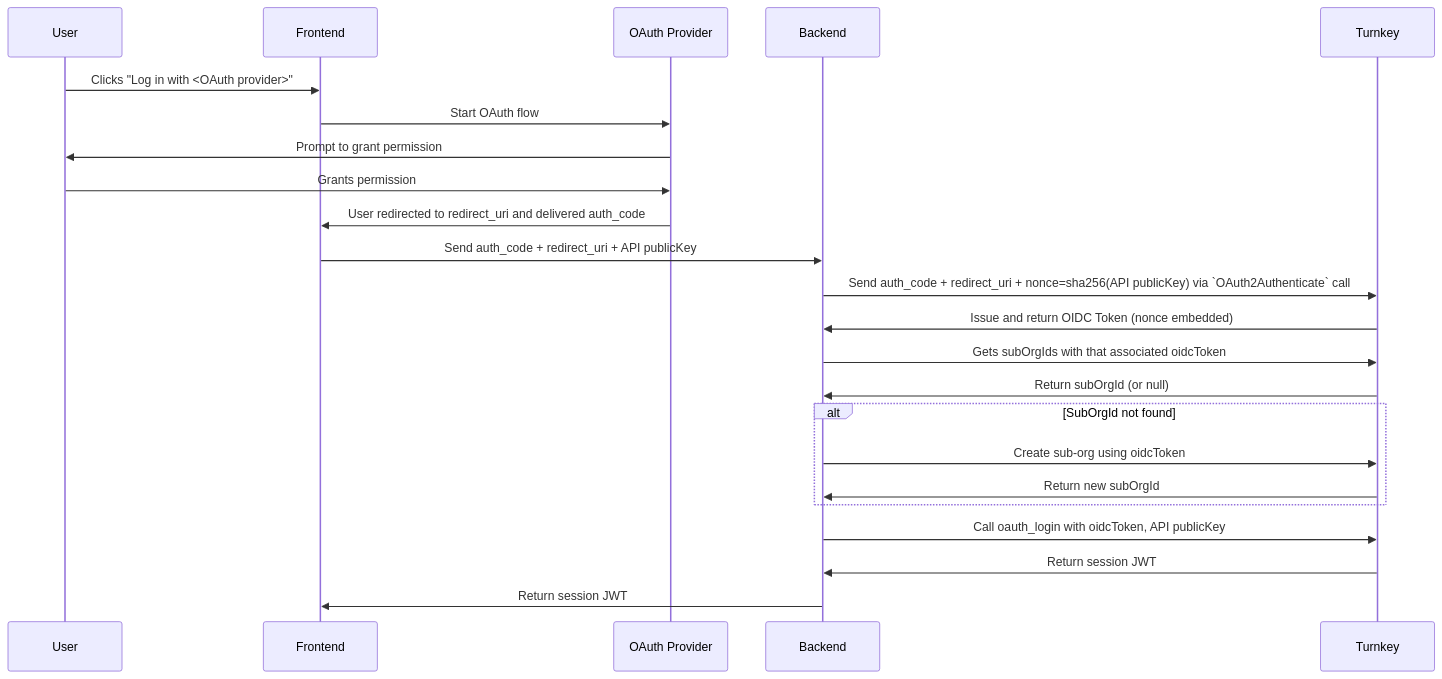
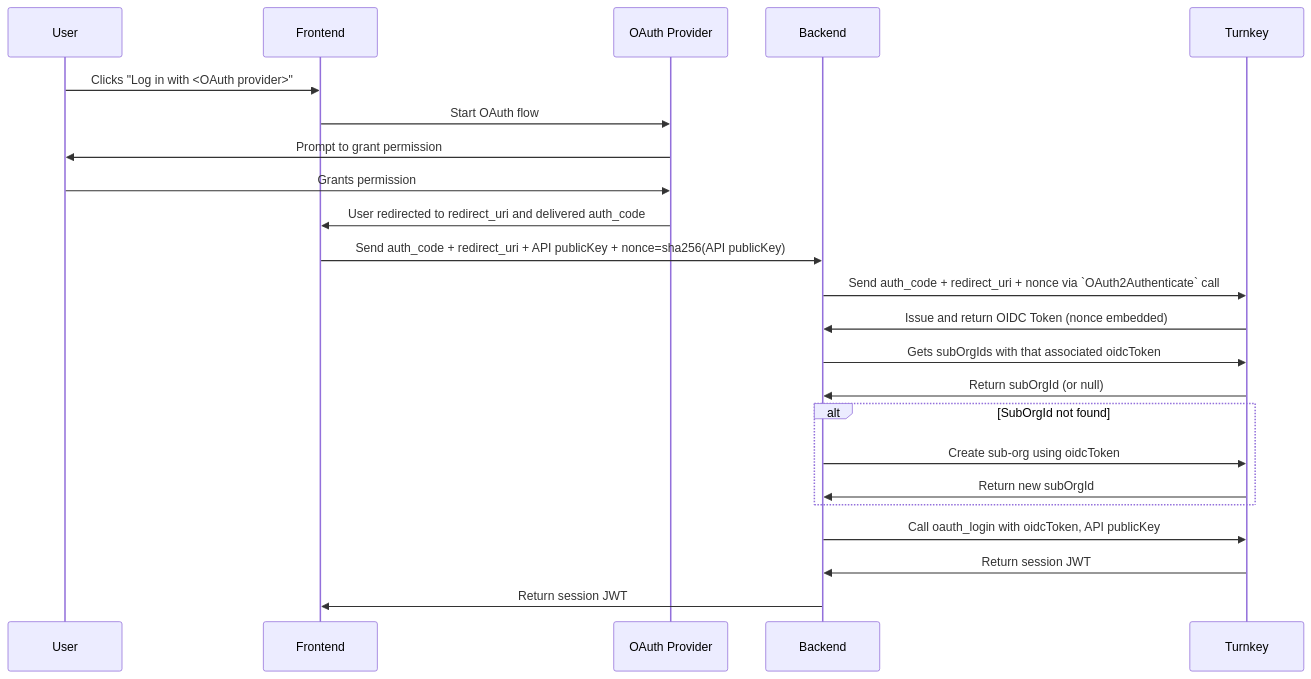
One commit to tkhq/docs changed the second of 2 diagrams in features/authentication/social-logins.mdx. Above: the diagram before and after it, drawn with Mermaid. The commit also changed other lines of this file, not shown here.

Commit message:
comments

````diff
--- a/features/authentication/social-logins.mdx
+++ b/features/authentication/social-logins.mdx
@@ -103,26 +103,26 @@
 ```mermaid
 sequenceDiagram
     participant User
     participant Frontend
     participant OAuth Provider
     participant Backend
     participant Turnkey
 
     User->>Frontend: Clicks "Log in with <OAuth provider>"
     Frontend->>OAuth Provider: Start OAuth flow
     OAuth Provider->>User: Prompt to grant permission
     User->>OAuth Provider: Grants permission
     OAuth Provider->>Frontend: User redirected to redirect_uri and delivered auth_code
-    Frontend->>Backend: Send auth_code + redirect_uri + API publicKey
-    Backend->>Turnkey: Send auth_code + redirect_uri + nonce=sha256(API publicKey) via `OAuth2Authenticate` call
+    Frontend->>Backend: Send auth_code + redirect_uri + API publicKey + nonce=sha256(API publicKey)
+    Backend->>Turnkey: Send auth_code + redirect_uri + nonce via `OAuth2Authenticate` call
     Turnkey->>Backend: Issue and return OIDC Token (nonce embedded)
     Backend->>Turnkey: Gets subOrgIds with that associated oidcToken
     Turnkey->>Backend: Return subOrgId (or null)
     alt SubOrgId not found
         Backend->>Turnkey: Create sub-org using oidcToken
         Turnkey->>Backend: Return new subOrgId
     end
     Backend->>Turnkey: Call oauth_login with oidcToken, API publicKey
     Turnkey->>Backend: Return session JWT
     Backend->>Frontend: Return session JWT
 ```
````
